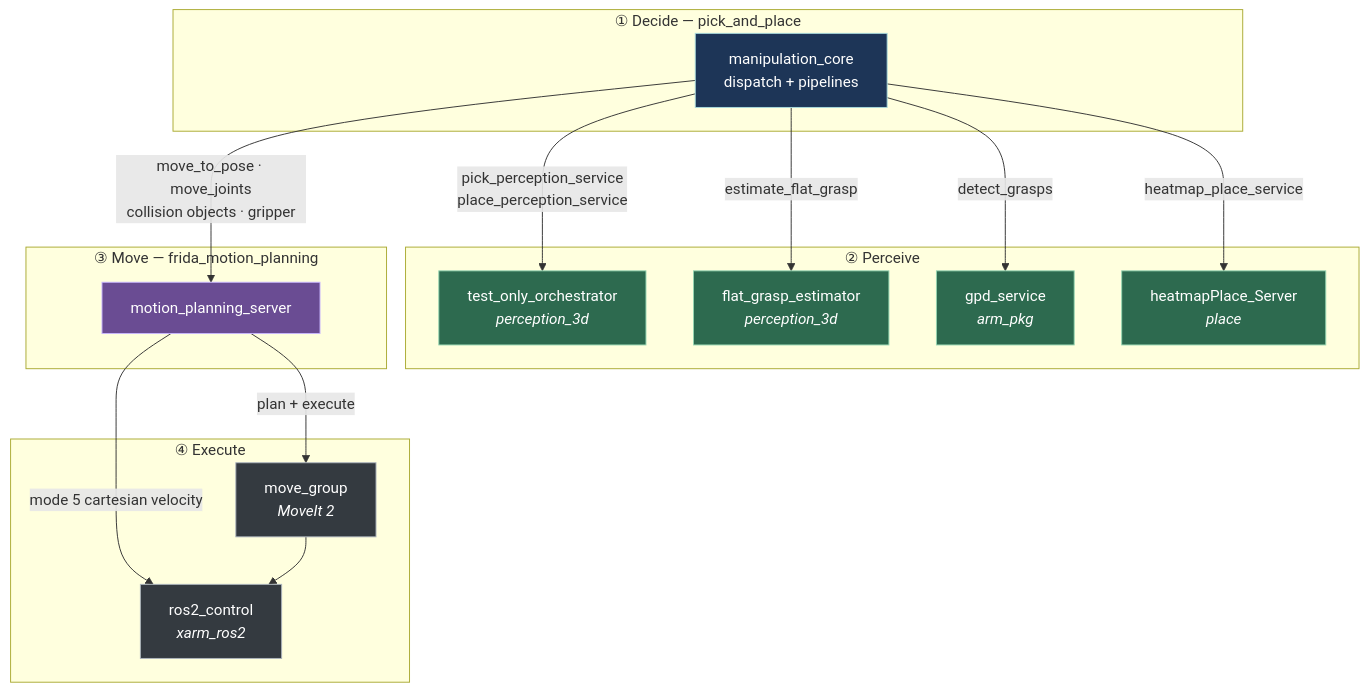
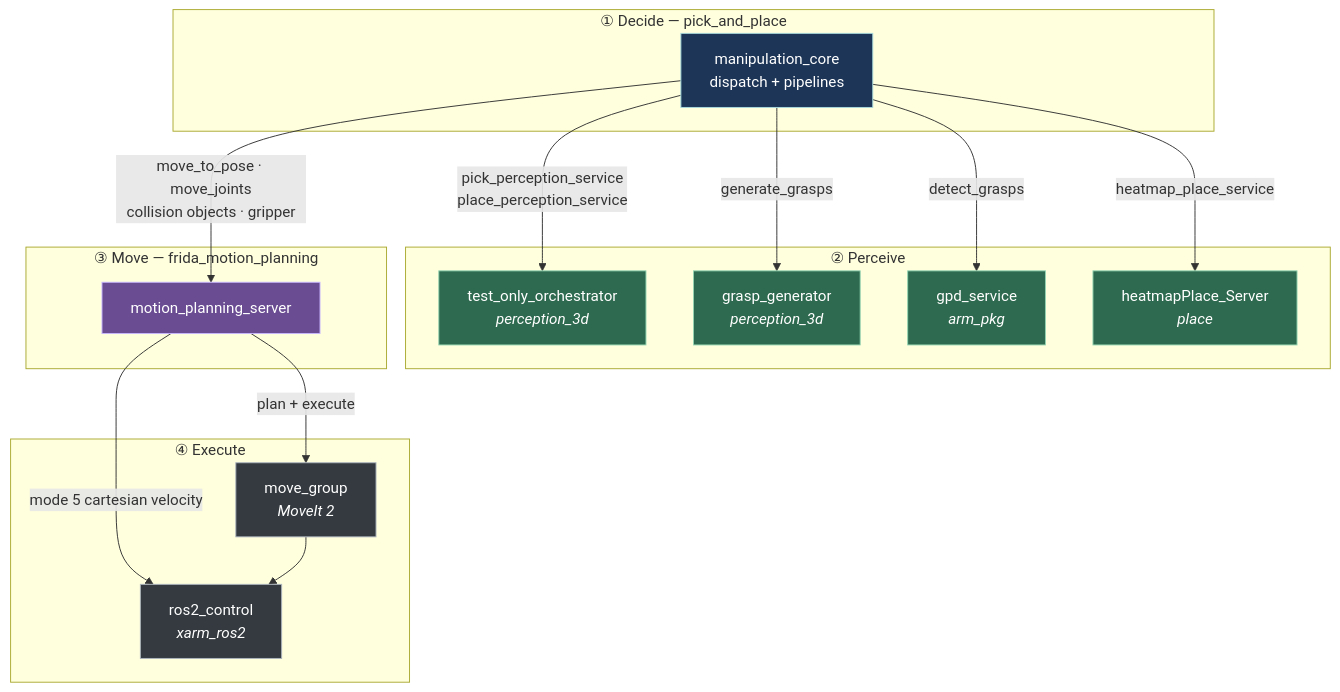
The second of 3 diagrams in manipulation/README.md (RoBorregos/home2), drawn with Mermaid before and after one commit. The commit also changed other lines of this file and 19 other files, not shown here.

Commit message:
remove old flat grasp estimator update, constants, comments and object mismatch preview

````diff
--- a/manipulation/README.md
+++ b/manipulation/README.md
@@ -95,37 +95,37 @@
 ```mermaid
 flowchart TB
     subgraph L1["① Decide — pick_and_place"]
         core["manipulation_core<br/>dispatch + pipelines"]
     end
     subgraph L2["② Perceive"]
         orch["test_only_orchestrator<br/><i>perception_3d</i>"]
-        flat["flat_grasp_estimator<br/><i>perception_3d</i>"]
+        gen["grasp_generator<br/><i>perception_3d</i>"]
         gpd["gpd_service<br/><i>arm_pkg</i>"]
         heat["heatmapPlace_Server<br/><i>place</i>"]
     end
     subgraph L3["③ Move — frida_motion_planning"]
         mps["motion_planning_server"]
     end
     subgraph L4["④ Execute"]
         mg["move_group<br/><i>MoveIt 2</i>"]
         ctl["ros2_control<br/><i>xarm_ros2</i>"]
     end
 
     core -->|"pick_perception_service<br/>place_perception_service"| orch
-    core -->|"estimate_flat_grasp"| flat
+    core -->|"generate_grasps"| gen
     core -->|"detect_grasps"| gpd
     core -->|"heatmap_place_service"| heat
     core -->|"move_to_pose · move_joints<br/>collision objects · gripper"| mps
     mps -->|"plan + execute"| mg
     mps -->|"mode 5 cartesian velocity"| ctl
     mg --> ctl
 
     classDef l1 fill:#1d3557,stroke:#a8dadc,color:#fff
     classDef l2 fill:#2d6a4f,stroke:#95d5b2,color:#fff
     classDef l3 fill:#6a4c93,stroke:#c8b6ff,color:#fff
     classDef l4 fill:#343a40,stroke:#adb5bd,color:#fff
     class core l1
-    class orch,flat,gpd,heat l2
+    class orch,gen,gpd,heat l2
     class mps l3
     class mg,ctl l4
 ```
````
